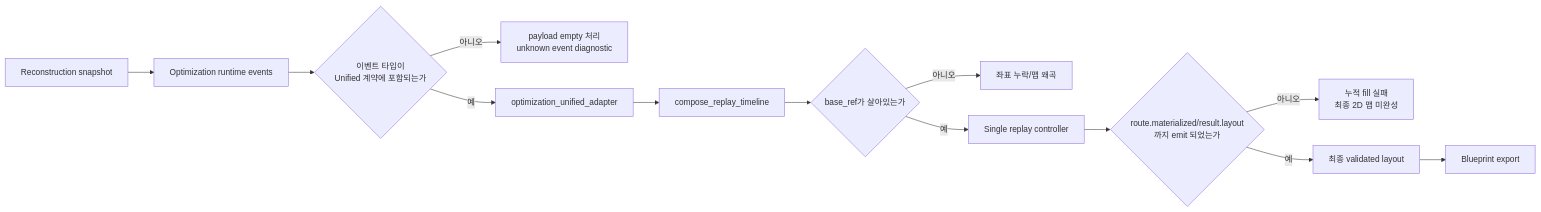
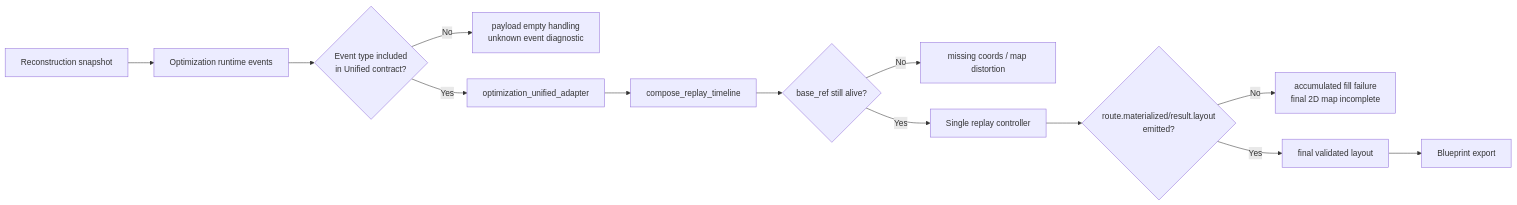
One commit to tigers2020/Shapez2Factory changed the diagram in documents/Algorithm/deep-research-report.md. Above: the diagram before and after it, drawn with Mermaid. The commit also changed other lines of this file and 259 other files, not shown here.

````diff
--- a/documents/Algorithm/deep-research-report.md
+++ b/documents/Algorithm/deep-research-report.md
@@ -51,15 +51,15 @@
 ```mermaid
 flowchart LR
     A[Reconstruction snapshot] --> B[Optimization runtime events]
-    B --> C{이벤트 타입이\nUnified 계약에 포함되는가}
-    C -- 아니오 --> D[payload empty 처리\nunknown event diagnostic]
-    C -- 예 --> E[optimization_unified_adapter]
+    B --> C{Event type included\nin Unified contract?}
+    C -- No --> D[payload empty handling\nunknown event diagnostic]
+    C -- Yes --> E[optimization_unified_adapter]
     E --> F[compose_replay_timeline]
-    F --> G{base_ref가 살아있는가}
-    G -- 아니오 --> H[좌표 누락/맵 왜곡]
-    G -- 예 --> I[Single replay controller]
-    I --> J{route.materialized/result.layout\n까지 emit 되었는가}
-    J -- 아니오 --> K[누적 fill 실패\n최종 2D 맵 미완성]
-    J -- 예 --> L[최종 validated layout]
+    F --> G{base_ref still alive?}
+    G -- No --> H[missing coords / map distortion]
+    G -- Yes --> I[Single replay controller]
+    I --> J{route.materialized/result.layout\nemitted?}
+    J -- No --> K[accumulated fill failure\nfinal 2D map incomplete]
+    J -- Yes --> L[final validated layout]
     L --> M[Blueprint export]
 ```
````
